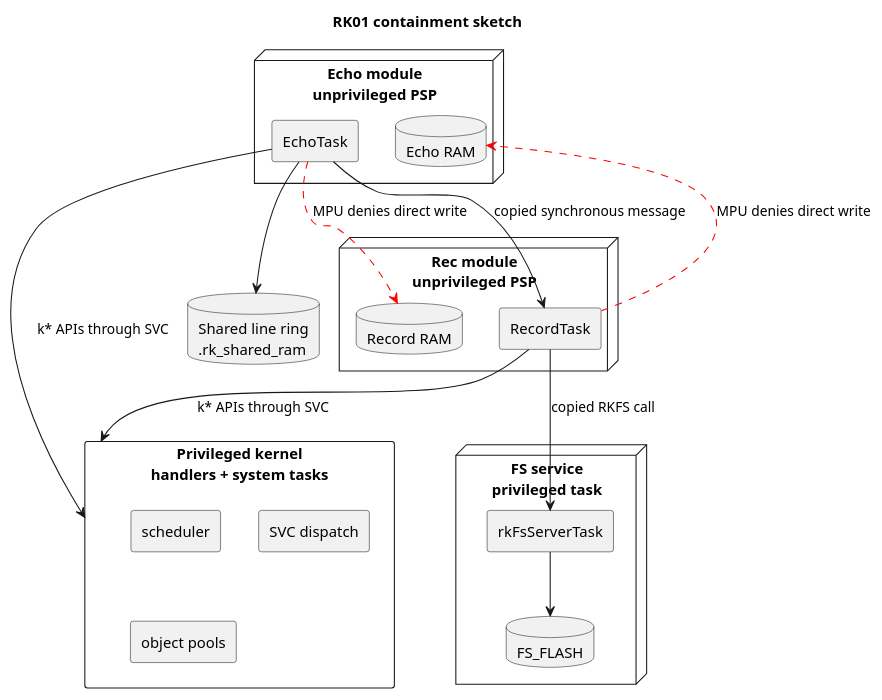
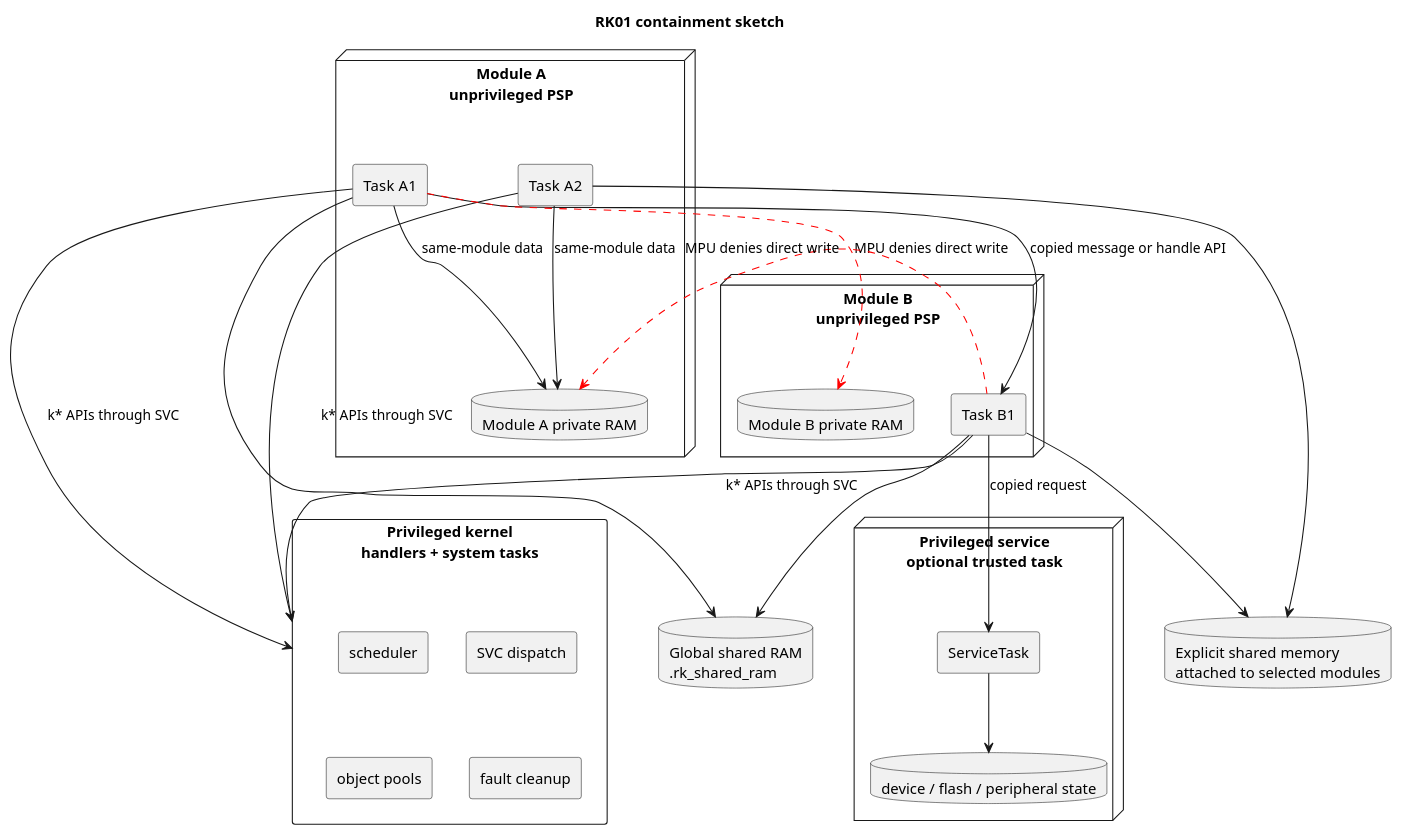
Before and after one commit to antoniogiacomelli/RK01: the first of 5 diagrams in README.md, drawn with PlantUML. The commit also changed other lines of this file, not shown here.

Commit message:
README updates

````diff
--- a/README.md
+++ b/README.md
@@ -46,38 +46,47 @@
 ```plantuml
 @startuml
 title RK01 containment sketch
 skinparam componentStyle rectangle
 
 rectangle "Privileged kernel\nhandlers + system tasks" as Kernel {
   component "scheduler" as Scheduler
   component "SVC dispatch" as SVC
   component "object pools" as Pools
+  component "fault cleanup" as FaultCleanup
 }
 
-node "Echo module\nunprivileged PSP" as Echo {
-  component "EchoTask" as EchoTask
-  database "Echo RAM" as EchoRam
+node "Module A\nunprivileged PSP" as ModuleA {
+  component "Task A1" as TaskA1
+  component "Task A2" as TaskA2
+  database "Module A private RAM" as ModuleARam
 }
 
-node "Rec module\nunprivileged PSP" as Rec {
-  component "RecordTask" as RecTask
-  database "Record RAM" as RecRam
+node "Module B\nunprivileged PSP" as ModuleB {
+  component "Task B1" as TaskB1
+  database "Module B private RAM" as ModuleBRam
 }
 
-node "FS service\nprivileged task" as FsService {
-  component "rkFsServerTask" as FsTask
-  database "FS_FLASH" as FsFlash
+node "Privileged service\noptional trusted task" as Service {
+  component "ServiceTask" as ServiceTask
+  database "device / flash / peripheral state" as DeviceState
 }
 
-database "Shared line ring\n.rk_shared_ram" as Shared
+database "Global shared RAM\n.rk_shared_ram" as GlobalShared
+database "Explicit shared memory\nattached to selected modules" as ExplicitShared
 
-EchoTask --> Kernel : k* APIs through SVC
-RecTask --> Kernel : k* APIs through SVC
-EchoTask --> Shared
-EchoTask --> RecTask : copied synchronous message
-RecTask --> FsTask : copied RKFS call
-FsTask --> FsFlash
-EchoTask -[#red,dashed]-> RecRam : MPU denies direct write
-RecTask -[#red,dashed]-> EchoRam : MPU denies direct write
+TaskA1 --> Kernel : k* APIs through SVC
+TaskA2 --> Kernel : k* APIs through SVC
+TaskB1 --> Kernel : k* APIs through SVC
+TaskA1 --> ModuleARam : same-module data
+TaskA2 --> ModuleARam : same-module data
+TaskA1 --> GlobalShared
+TaskB1 --> GlobalShared
+TaskA2 --> ExplicitShared
+TaskB1 --> ExplicitShared
+TaskA1 --> TaskB1 : copied message or handle API
+TaskB1 --> ServiceTask : copied request
+ServiceTask --> DeviceState
+TaskA1 -[#red,dashed]-> ModuleBRam : MPU denies direct write
+TaskB1 -[#red,dashed]-> ModuleARam : MPU denies direct write
 @enduml
 ```
````
